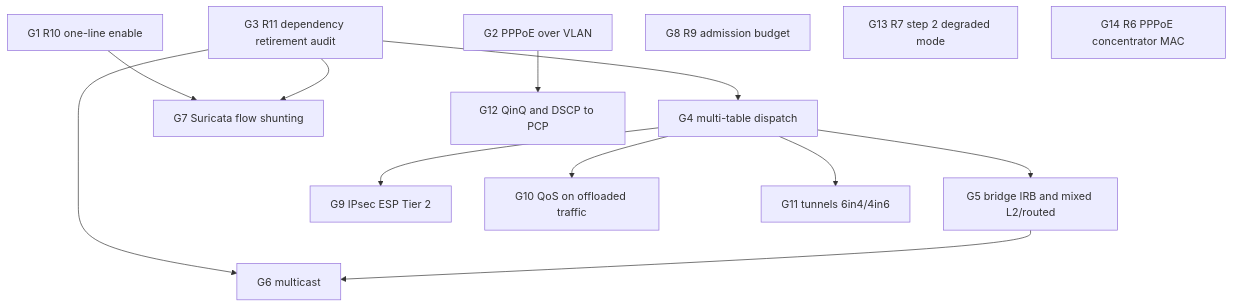
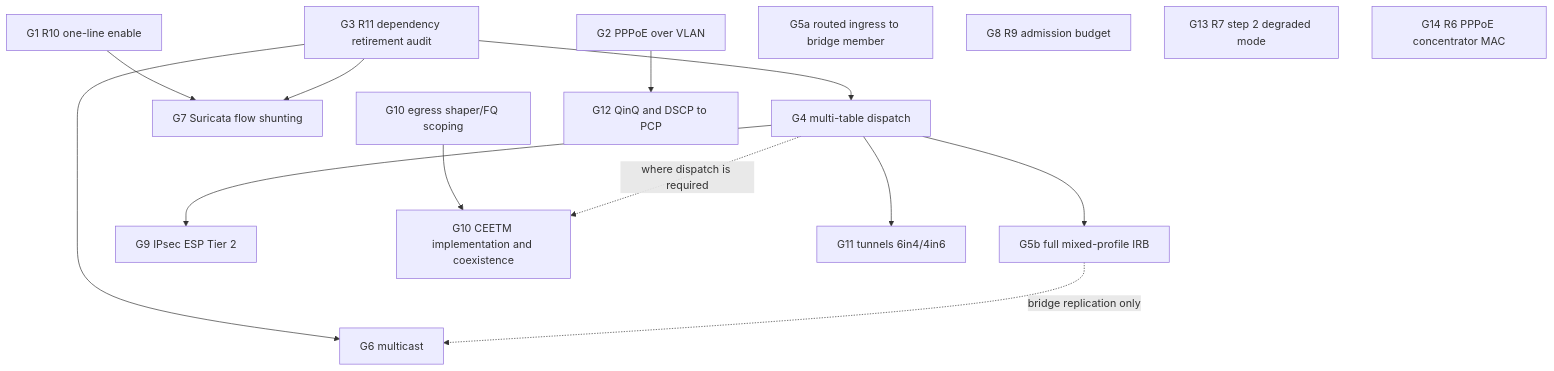
One commit to mihakralj/vyos-ls1046a-build changed the diagram in plans/ASK2-MASTER-PLAN.md. Above: the diagram before and after it, drawn with Mermaid. The commit also changed other lines of this file, not shown here.

````diff
--- a/plans/ASK2-MASTER-PLAN.md
+++ b/plans/ASK2-MASTER-PLAN.md
@@ -181,18 +192,20 @@
 ```mermaid
 flowchart TD
     G1["G1 R10 one-line enable"]
     G2["G2 PPPoE over VLAN"]
     G3["G3 R11 dependency retirement audit"] --> G4["G4 multi-table dispatch"]
-    G4 --> G5["G5 bridge IRB and mixed L2/routed"]
+    G5a["G5a routed ingress to bridge member"]
+    G4 --> G5b["G5b full mixed-profile IRB"]
     G3 --> G6["G6 multicast"]
-    G5 --> G6
+    G5b -. "bridge replication only" .-> G6
     G1 --> G7["G7 Suricata flow shunting"]
     G3 --> G7
     G8["G8 R9 admission budget"]
     G4 --> G9["G9 IPsec ESP Tier 2"]
-    G4 --> G10["G10 QoS on offloaded traffic"]
+    G10scope["G10 egress shaper/FQ scoping"] --> G10["G10 CEETM implementation and coexistence"]
+    G4 -. "where dispatch is required" .-> G10
     G4 --> G11["G11 tunnels 6in4/4in6"]
     G2 --> G12["G12 QinQ and DSCP to PCP"]
     G13["G13 R7 step 2 degraded mode"]
     G14["G14 R6 PPPoE concentrator MAC"]
 ```
````
